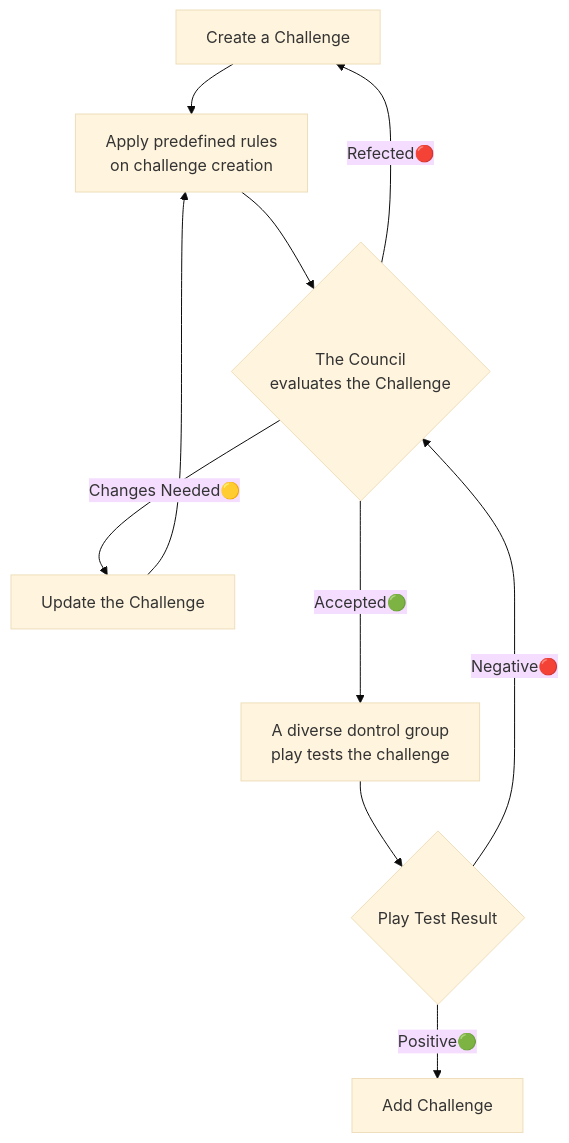
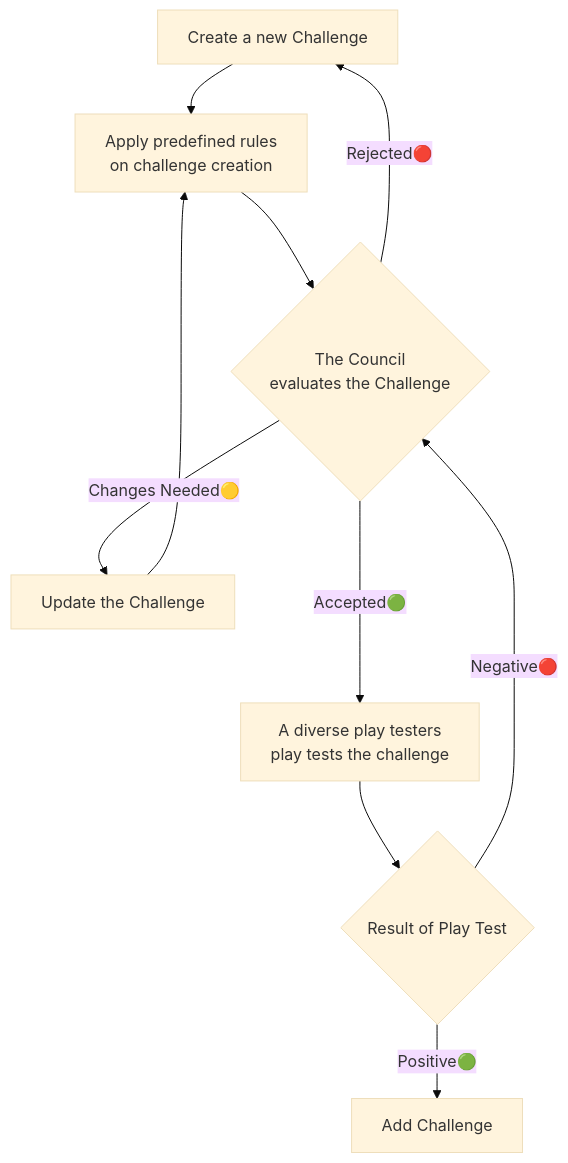
The second of 2 diagrams in README.md (Mebanseibor/Cyber-Security-Hackathon), drawn with Mermaid (base theme) before and after one commit. The commit also changed other lines of this file and 2 other files, not shown here.

````diff
--- a/README.md
+++ b/README.md
@@ -57,26 +73,26 @@
 ```mermaid
 graph TB
     %%Node definition
         CC[Create Challenge]
         CU[Challenge Update]
         FG[Follow Guidelines]
         CA{Council Approval}
         AC[Add Challenge]
         PT[Play Test]
         PTR{Play Test Result}
 
-    CC[Create a Challenge]-->FG[Apply predefined rules<br>on challenge creation]
+    CC[Create a new Challenge]-->FG[Apply predefined rules<br>on challenge creation]
     FG-->CA{The Council<br>evaluates the Challenge}
 
     %%Challenge Acceptance
         CA--Accepted🟢--->PT
-        CA--Refected🔴-->CC
+        CA--Rejected🔴-->CC
         CA--Changes Needed🟡-->CU[Update the Challenge]
         CU-->FG
     
     %%Play Test
-    PT[A diverse dontrol group<br>play tests the challenge]-->PTR
+    PT[A diverse play testers<br>play tests the challenge]-->PTR{Result of Play Test}
     PTR--Positive🟢-->AC
     PTR--Negative🔴-->CA
 
 ```
````
